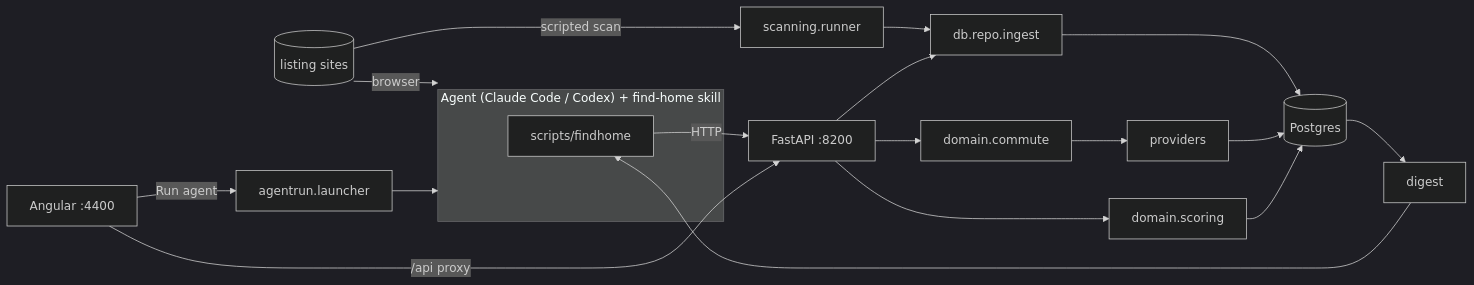
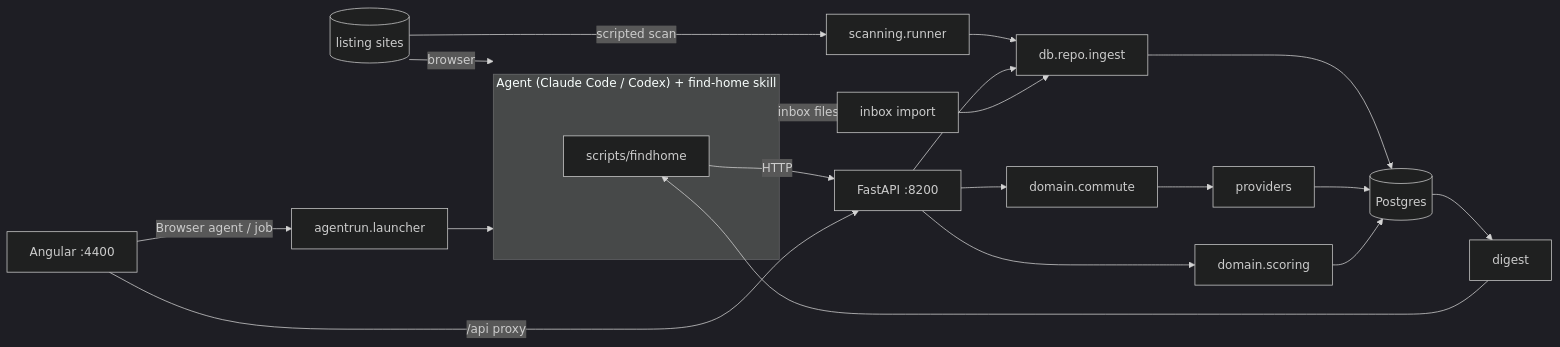
The second of 3 diagrams in guide/architecture/introduction.md (MassimilianoBiancucci/find_home), drawn with Mermaid (dark theme) before and after one commit. The commit also changed other lines of this file and 115 other files, not shown here.

````diff
--- a/guide/architecture/introduction.md
+++ b/guide/architecture/introduction.md
@@ -312,17 +352,18 @@
 ```mermaid
 flowchart LR
   subgraph Agent["Agent (Claude Code / Codex) + find-home skill"]
     A1[scripts/findhome]
   end
   Sites[(listing sites)] -->|scripted scan| Scan[scanning.runner]
   Sites -->|browser| Agent
   A1 -->|HTTP| API[FastAPI :8200]
   Scan --> Repo[db.repo.ingest]
   API --> Repo
   Repo --> PG[(Postgres)]
   API --> Commute[domain.commute] --> Prov[providers] --> PG
   API --> Score[domain.scoring] --> PG
   PG --> Digest[digest] --> A1
   UI[Angular :4400] -->|/api proxy| API
-  UI -->|Run agent| Launcher[agentrun.launcher] --> Agent
+  UI -->|Browser agent / job| Launcher[agentrun.launcher] --> Agent
+  Agent -->|inbox files| Inbox[inbox import] --> Repo
 ```
````
